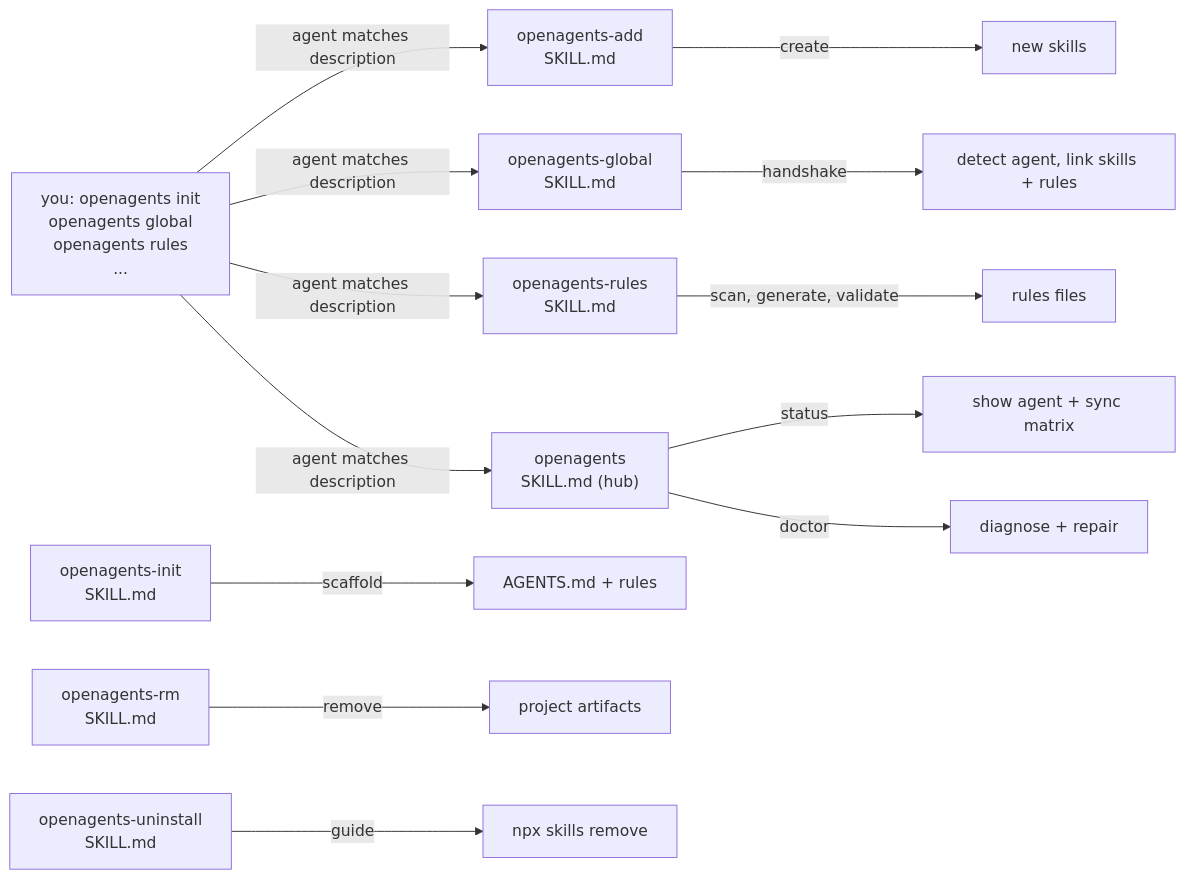
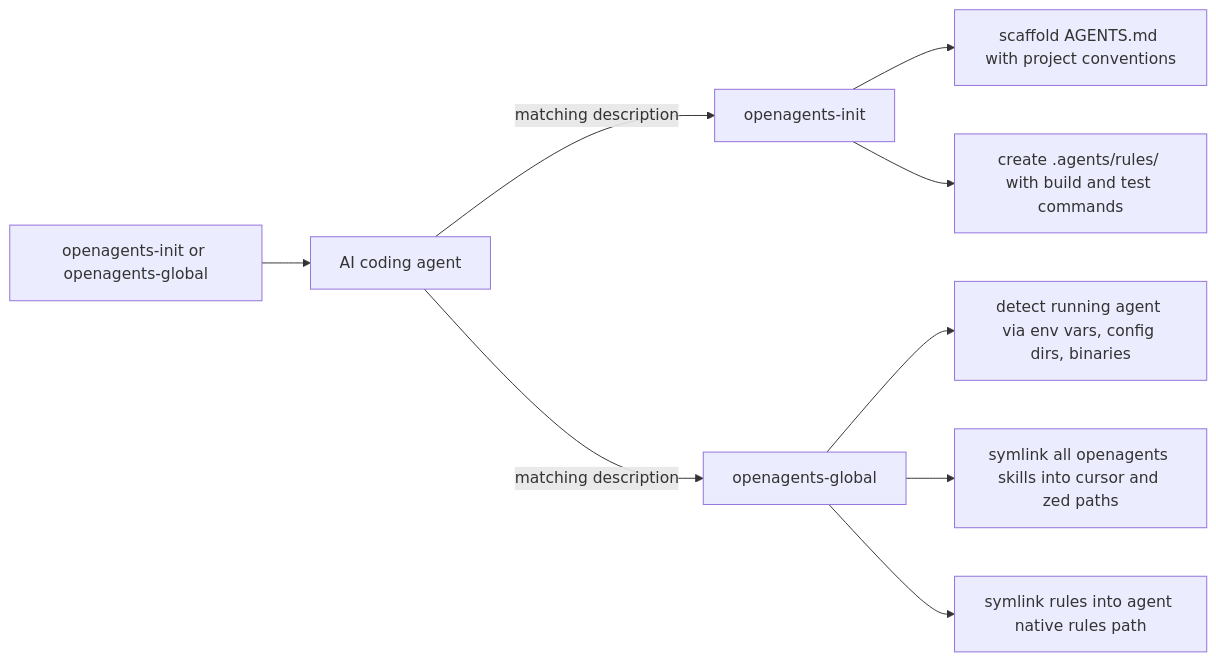
The third of 5 diagrams in README.md (luismtns/openagents), drawn with Mermaid before and after one commit. The commit also changed other lines of this file and 13 other files, not shown here.

First line of the commit message:
fix: standardize invocation semantics across all skills and docs

````diff
--- a/README.md
+++ b/README.md
@@ -24,15 +49,11 @@
 ```mermaid
 flowchart LR
-    U["you: openagents init<br>openagents global<br>openagents rules<br>..."] -->|agent matches description| OA["openagents-init<br>SKILL.md"]
-    U -->|agent matches description| OG["openagents-global<br>SKILL.md"]
-    U -->|agent matches description| OR["openagents-rules<br>SKILL.md"]
-    U -->|agent matches description| OH["openagents<br>SKILL.md (hub)"]
-    OH -->|status| ST["show agent + sync matrix"]
-    OH -->|doctor| DR["diagnose + repair"]
-    OG -->|handshake| GL["detect agent, link skills + rules"]
-    OI["openagents-init<br>SKILL.md"] -->|scaffold| SC["AGENTS.md + rules"]
-    OA["openagents-add<br>SKILL.md"] -->|create| AD["new skills"]
-    OR -->|scan, generate, validate| RL["rules files"]
-    ORI["openagents-rm<br>SKILL.md"] -->|remove| RM["project artifacts"]
-    OUI["openagents-uninstall<br>SKILL.md"] -->|guide| UI["npx skills remove"]
+    REQUEST["openagents-init or openagents-global"] --> AGENT["AI coding agent"]
+    AGENT -->|matching description| INIT["openagents-init"]
+    AGENT -->|matching description| GLOBAL["openagents-global"]
+    INIT --> SCAFFOLD["scaffold AGENTS.md with project conventions"]
+    INIT --> RULESDIR["create .agents/rules/ with build and test commands"]
+    GLOBAL --> DETECT["detect running agent via env vars, config dirs, binaries"]
+    GLOBAL --> SYMLINKALL["symlink all openagents skills into cursor and zed paths"]
+    GLOBAL --> SYMLINKRULES["symlink rules into agent native rules path"]
 ```
````
